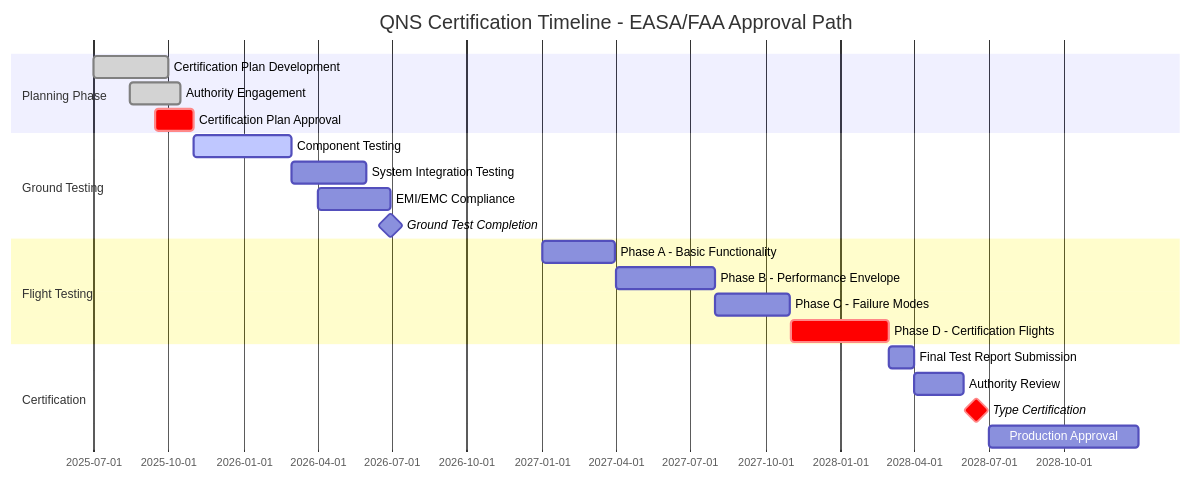
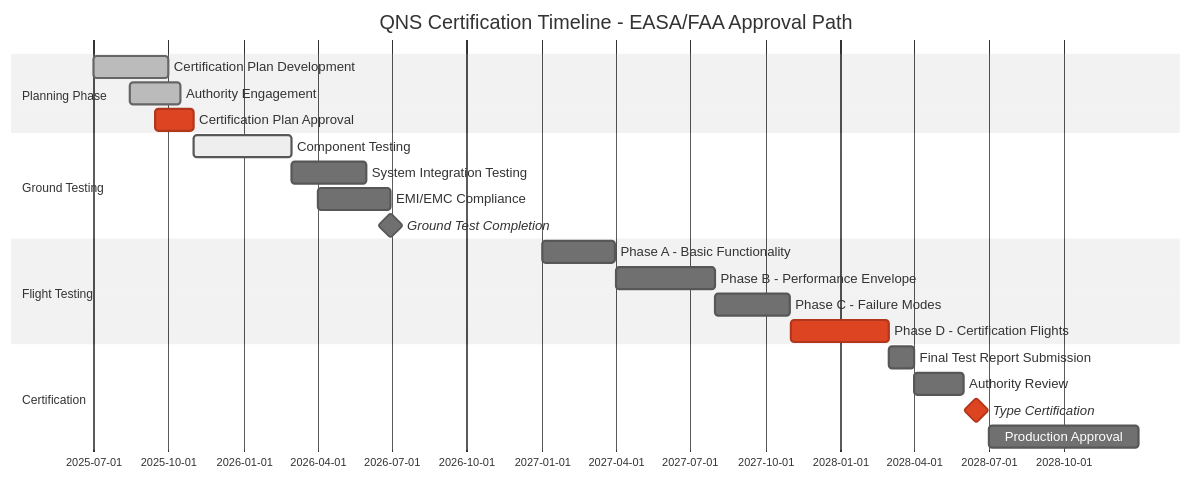
One commit to Robbbo-T/A-Q-U-A_V changed the fifth of 7 diagrams in PRODUCT_LINES/QUANTUM/QUANTUM_SOFTWARE/DESIGN/QNS_NAVIGATION/DES_INTEGRATION/QUA-QNS01-25SVD0001-DES-BOB-IND-TD-QCSAA-918-000-00-01-TPL-DES-220-QIND-v1.0.0.md. Above: the diagram before and after it, drawn with Mermaid. The commit also changed other lines of this file, not shown here.

````diff
--- a/PRODUCT_LINES/QUANTUM/QUANTUM_SOFTWARE/DESIGN/QNS_NAVIGATION/DES_INTEGRATION/QUA-QNS01-25SVD0001-DES-BOB-IND-TD-QCSAA-918-000-00-01-TPL-DES-220-QIND-v1.0.0.md
+++ b/PRODUCT_LINES/QUANTUM/QUANTUM_SOFTWARE/DESIGN/QNS_NAVIGATION/DES_INTEGRATION/QUA-QNS01-25SVD0001-DES-BOB-IND-TD-QCSAA-918-000-00-01-TPL-DES-220-QIND-v1.0.0.md
@@ -414,27 +418,28 @@
 ```mermaid
+%%{init: {'theme':'neutral', 'gantt': {'numberSectionStyles': 4, 'fontSize': 12, 'fontFamily': 'Arial, sans-serif'}}}%%
 gantt
     title QNS Certification Timeline - EASA/FAA Approval Path
     dateFormat YYYY-MM-DD
     section Planning Phase
     Certification Plan Development     :done, plan1, 2025-07-01, 2025-09-30
     Authority Engagement              :done, engage1, 2025-08-15, 2025-10-15
     Certification Plan Approval       :crit, approval1, 2025-09-15, 2025-10-31
     
     section Ground Testing
     Component Testing                 :active, test1, 2025-11-01, 2026-02-28
     System Integration Testing        :test2, 2026-03-01, 2026-05-31
     EMI/EMC Compliance               :test3, 2026-04-01, 2026-06-30
     Ground Test Completion           :milestone, 2026-06-30, 0d
     
     section Flight Testing
     Phase A - Basic Functionality    :flight1, 2027-01-01, 2027-03-31
     Phase B - Performance Envelope   :flight2, 2027-04-01, 2027-07-31
     Phase C - Failure Modes         :flight3, 2027-08-01, 2027-10-31
     Phase D - Certification Flights  :crit, flight4, 2027-11-01, 2028-02-29
     
     section Certification
     Final Test Report Submission     :cert1, 2028-03-01, 2028-03-31
     Authority Review                 :cert2, 2028-04-01, 2028-05-31
     Type Certification              :crit, milestone, cert3, 2028-06-01, 2028-06-30
     Production Approval             :prod1, 2028-07-01, 2028-12-31
 ```
````
